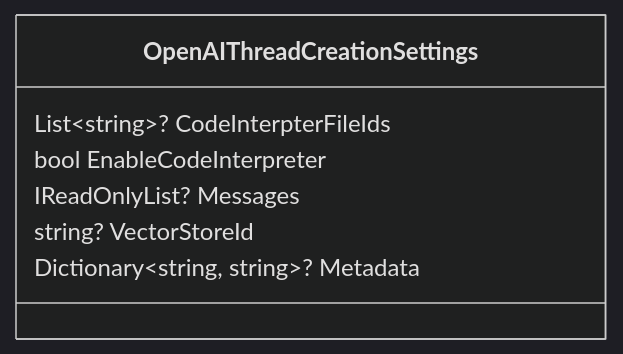
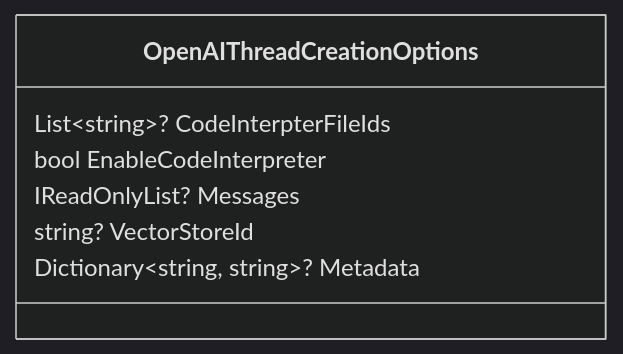
One commit to microsoft/semantic-kernel changed the diagram in docs/decisions/diagrams/assistant-threadcreationsettings.mmd. Above: the diagram before and after it, drawn with Mermaid (dark theme). The commit also changed 10 other files, not shown here.

```diff
--- a/docs/decisions/diagrams/assistant-threadcreationsettings.mmd
+++ b/docs/decisions/diagrams/assistant-threadcreationsettings.mmd
@@ -1,9 +1,9 @@
 classDiagram
 
-    class OpenAIThreadCreationSettings {
+    class OpenAIThreadCreationOptions {
         List~string~? CodeInterpterFileIds
         bool EnableCodeInterpreter
         IReadOnlyList<ChatMessageContent>? Messages
         string? VectorStoreId
         Dictionary~string, string~? Metadata
     }
```
